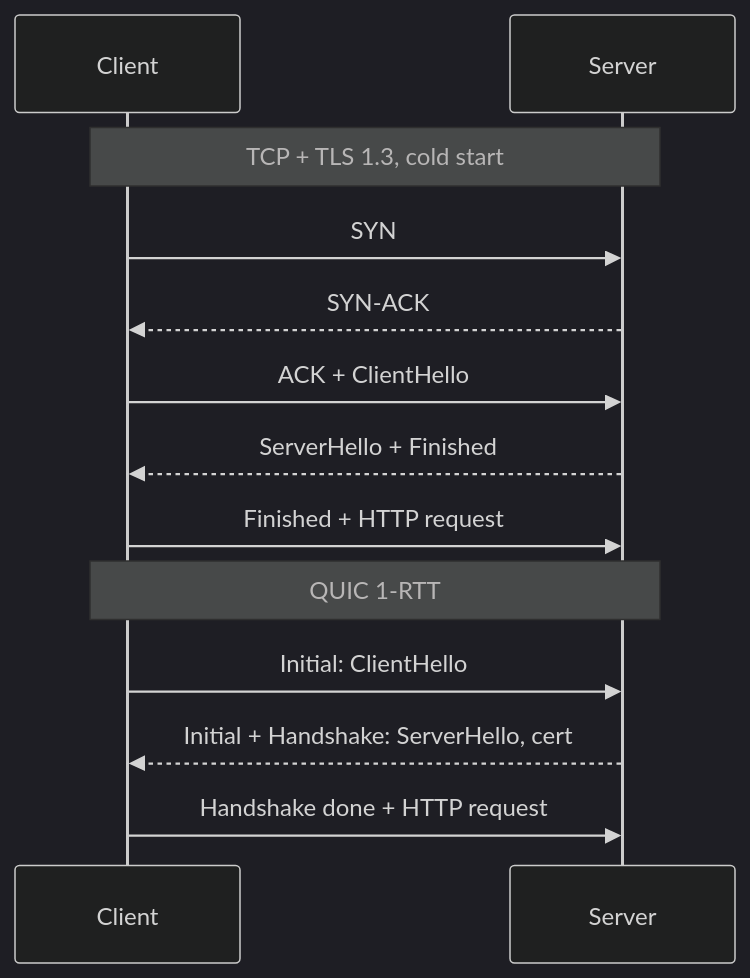
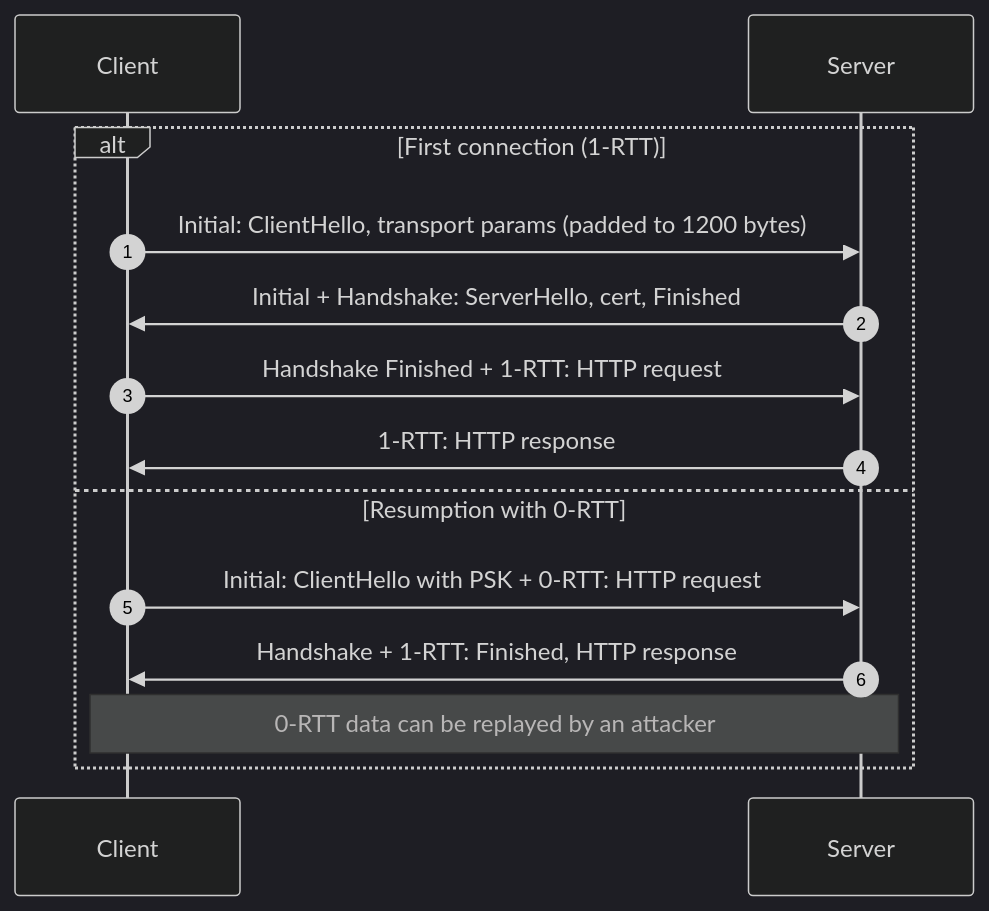
The fifth of 6 diagrams in src/content/docs/en/communication/synchronous-protocols/http2-http3-quic.mdx (gorkemsari/distributed-systems), drawn with Mermaid (dark theme) before and after one commit. The commit also changed other lines of this file and 3 other files, not shown here.

First line of the commit message:
docs(communication/synchronous-protocols/http2-http3-quic): generate EN/TR

````diff
--- a/src/content/docs/en/communication/synchronous-protocols/http2-http3-quic.mdx
+++ b/src/content/docs/en/communication/synchronous-protocols/http2-http3-quic.mdx
@@ -84,17 +143,16 @@
 ```mermaid
 sequenceDiagram
+    autonumber
     participant C as Client
     participant S as Server
- 
-    Note over C,S: TCP + TLS 1.3, cold start
-    C->>S: SYN
-    S-->>C: SYN-ACK
-    C->>S: ACK + ClientHello
-    S-->>C: ServerHello + Finished
-    C->>S: Finished + HTTP request
- 
-    Note over C,S: QUIC 1-RTT
-    C->>S: Initial: ClientHello
-    S-->>C: Initial + Handshake: ServerHello, cert
-    C->>S: Handshake done + HTTP request
+    alt First connection (1-RTT)
+        C->>S: Initial: ClientHello, transport params (padded to 1200 bytes)
+        S->>C: Initial + Handshake: ServerHello, cert, Finished
+        C->>S: Handshake Finished + 1-RTT: HTTP request
+        S->>C: 1-RTT: HTTP response
+    else Resumption with 0-RTT
+        C->>S: Initial: ClientHello with PSK + 0-RTT: HTTP request
+        S->>C: Handshake + 1-RTT: Finished, HTTP response
+        Note over C,S: 0-RTT data can be replayed by an attacker
+    end
 ```
````
